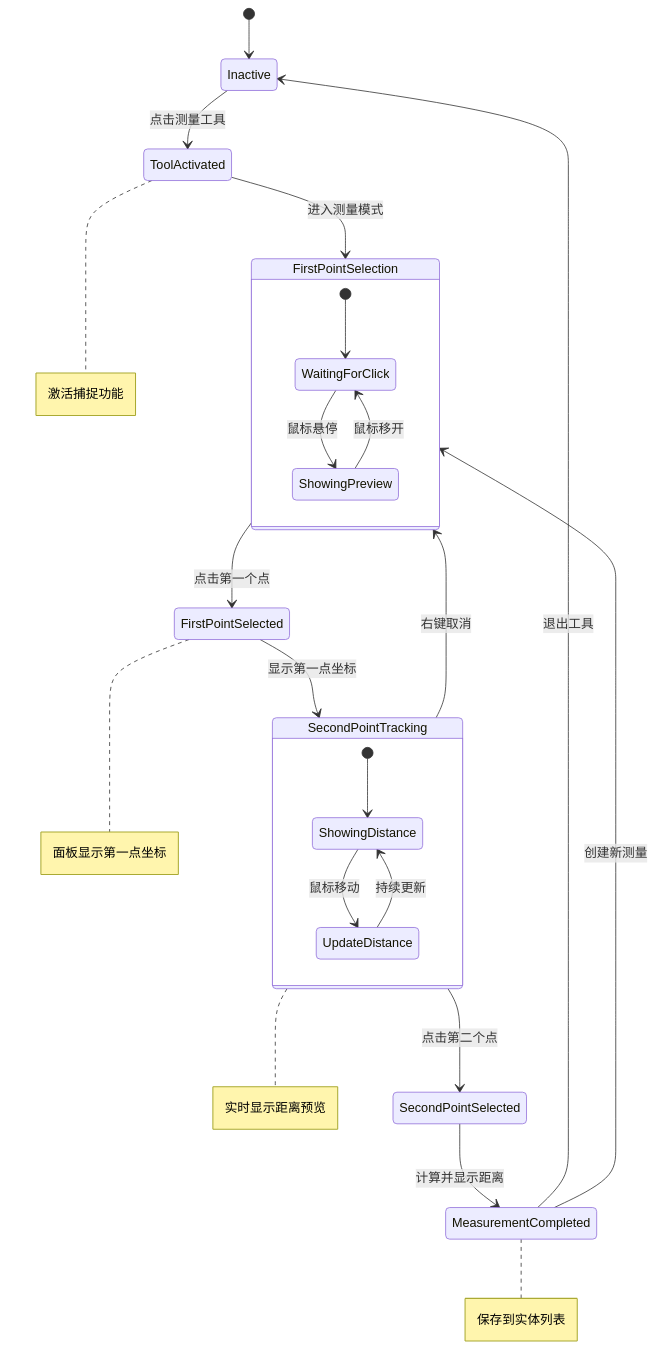
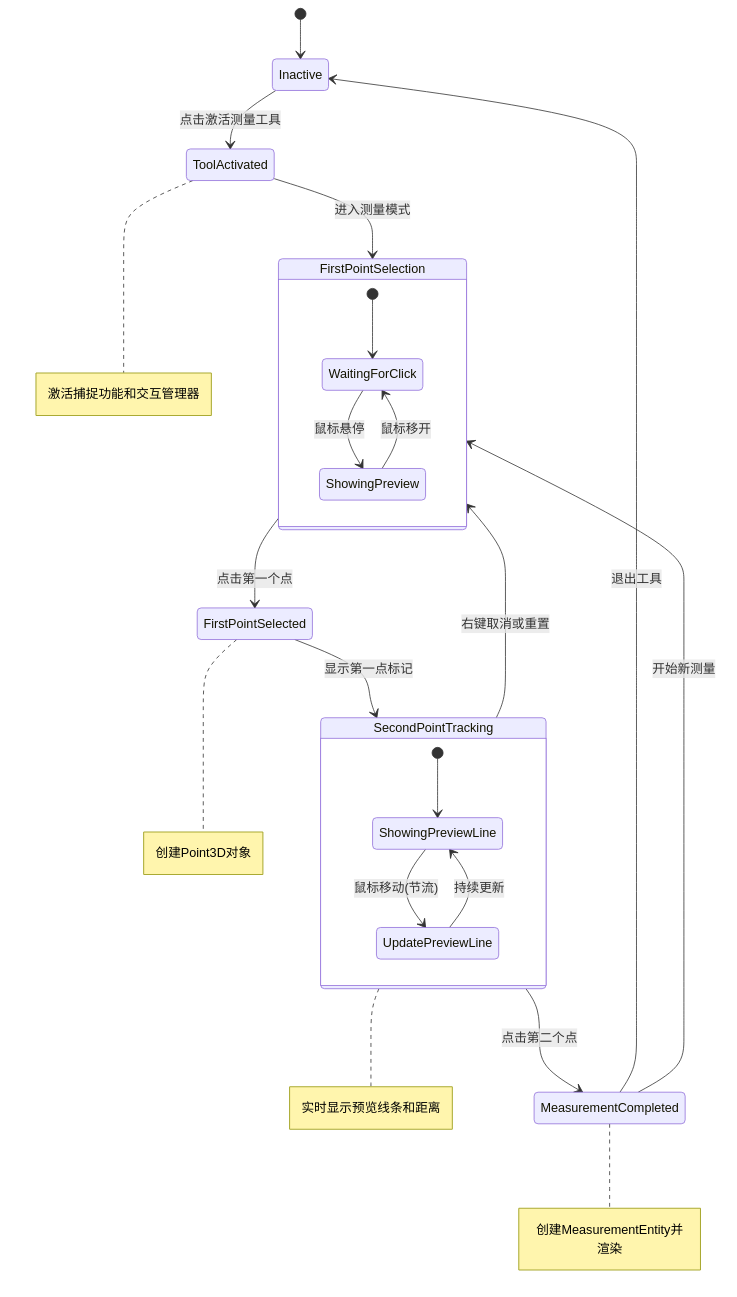
One commit to sjzsdu/tong-notes changed the second of 14 diagrams in content/posts/magicloud/uvf/task_measure.md. Above: the diagram before and after it, drawn with Mermaid. The commit also changed other lines of this file and 97 other files, not shown here.

Commit message:
feat(crewai): describe execution flow and design patterns

````diff
--- a/content/posts/magicloud/uvf/task_measure.md
+++ b/content/posts/magicloud/uvf/task_measure.md
@@ -73,34 +81,33 @@
 ```mermaid
 stateDiagram-v2
     [*] --> Inactive
     
-    Inactive --> ToolActivated : 点击测量工具
+    Inactive --> ToolActivated : 点击激活测量工具
     ToolActivated --> FirstPointSelection : 进入测量模式
     
     FirstPointSelection --> FirstPointSelected : 点击第一个点
-    FirstPointSelected --> SecondPointTracking : 显示第一点坐标
+    FirstPointSelected --> SecondPointTracking : 显示第一点标记
     
-    SecondPointTracking --> SecondPointSelected : 点击第二个点
-    SecondPointTracking --> FirstPointSelection : 右键取消
+    SecondPointTracking --> MeasurementCompleted : 点击第二个点
+    SecondPointTracking --> FirstPointSelection : 右键取消或重置
     
-    SecondPointSelected --> MeasurementCompleted : 计算并显示距离
-    MeasurementCompleted --> FirstPointSelection : 创建新测量
+    MeasurementCompleted --> FirstPointSelection : 开始新测量
     MeasurementCompleted --> Inactive : 退出工具
     
     state FirstPointSelection {
         [*] --> WaitingForClick
         WaitingForClick --> ShowingPreview : 鼠标悬停
         ShowingPreview --> WaitingForClick : 鼠标移开
     }
     
     state SecondPointTracking {
-        [*] --> ShowingDistance
-        ShowingDistance --> UpdateDistance : 鼠标移动
-        UpdateDistance --> ShowingDistance : 持续更新
+        [*] --> ShowingPreviewLine
+        ShowingPreviewLine --> UpdatePreviewLine : 鼠标移动(节流)
+        UpdatePreviewLine --> ShowingPreviewLine : 持续更新
     }
     
-    note right of ToolActivated : 激活捕捉功能
-    note right of FirstPointSelected : 面板显示第一点坐标
-    note right of SecondPointTracking : 实时显示距离预览
-    note right of MeasurementCompleted : 保存到实体列表
+    note right of ToolActivated : 激活捕捉功能和交互管理器
+    note right of FirstPointSelected : 创建Point3D对象
+    note right of SecondPointTracking : 实时显示预览线条和距离
+    note right of MeasurementCompleted : 创建MeasurementEntity并渲染
 ```
````
